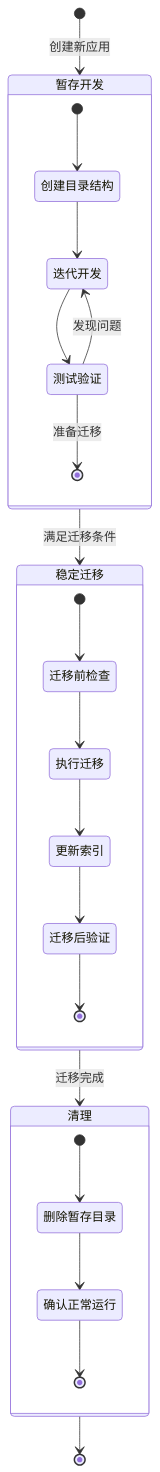
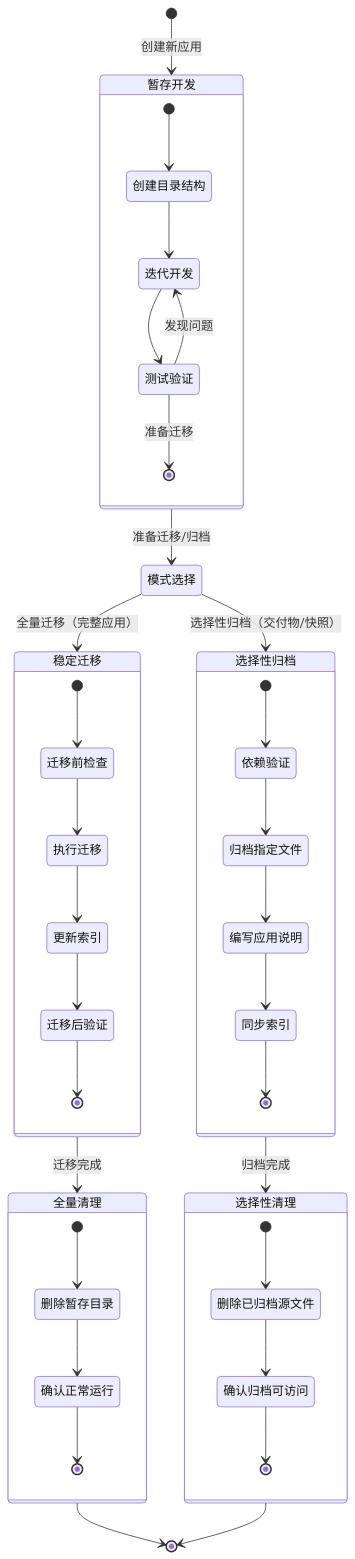
The first of 2 diagrams in .agents/protocols/app-development-workflow.md (xinetzone/SpecWeave), drawn with Mermaid before and after one commit. The commit also changed other lines of this file, not shown here.

````diff
--- a/.agents/protocols/app-development-workflow.md
+++ b/.agents/protocols/app-development-workflow.md
@@ -9,29 +9,47 @@
 ```mermaid
 stateDiagram-v2
     [*] --> 暂存开发 : 创建新应用
-    暂存开发 --> 稳定迁移 : 满足迁移条件
-    稳定迁移 --> 清理 : 迁移完成
-    清理 --> [*]
+    暂存开发 --> 模式选择 : 准备迁移/归档
+    模式选择 --> 稳定迁移 : 全量迁移（完整应用）
+    模式选择 --> 选择性归档 : 选择性归档（交付物/快照）
+    稳定迁移 --> 全量清理 : 迁移完成
+    选择性归档 --> 选择性清理 : 归档完成
+    全量清理 --> [*]
+    选择性清理 --> [*]
 
     state 暂存开发 {
         [*] --> 创建目录结构
         创建目录结构 --> 迭代开发
         迭代开发 --> 测试验证
         测试验证 --> 迭代开发 : 发现问题
         测试验证 --> [*] : 准备迁移
     }
 
     state 稳定迁移 {
         [*] --> 迁移前检查
         迁移前检查 --> 执行迁移
         执行迁移 --> 更新索引
         更新索引 --> 迁移后验证
         迁移后验证 --> [*]
     }
 
-    state 清理 {
+    state 选择性归档 {
+        [*] --> 依赖验证
+        依赖验证 --> 归档指定文件
+        归档指定文件 --> 编写应用说明
+        编写应用说明 --> 同步索引
+        同步索引 --> [*]
+    }
+
+    state 全量清理 {
         [*] --> 删除暂存目录
         删除暂存目录 --> 确认正常运行
         确认正常运行 --> [*]
     }
+
+    state 选择性清理 {
+        [*] --> 删除已归档源文件
+        删除已归档源文件 --> 确认归档可访问
+        确认归档可访问 --> [*]
+    }
 ```
````
